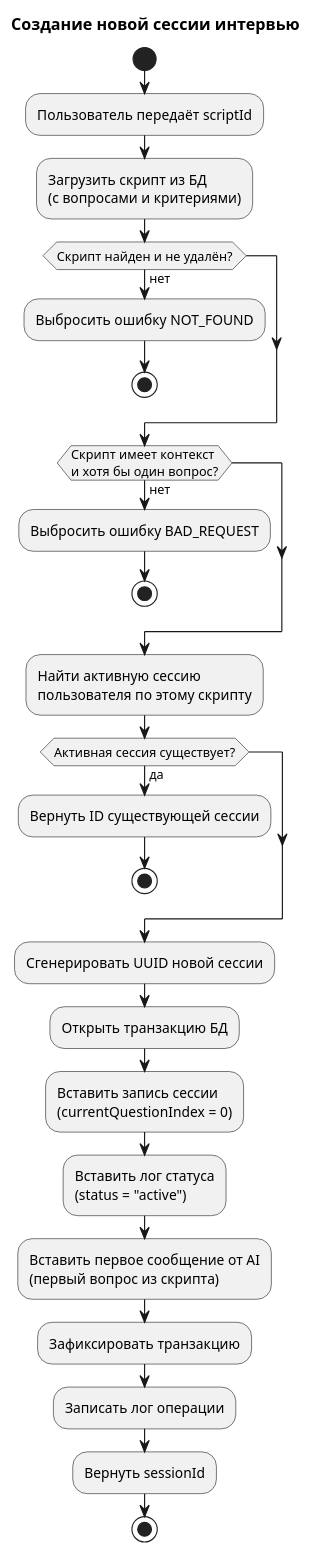
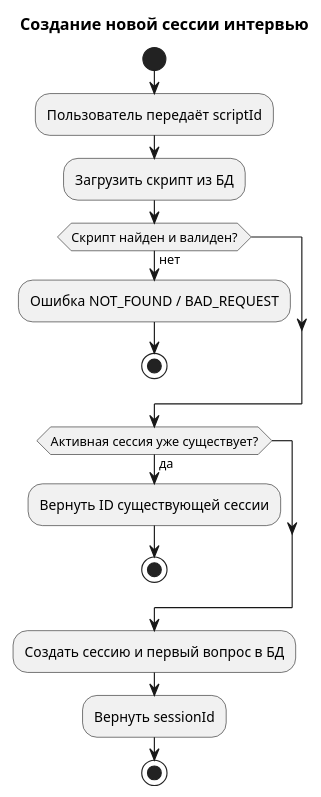
The diagram in docs/activity/01_create_session.puml (nifle3/diplom_work), drawn with PlantUML before and after one commit. The commit also changed 10 other files, not shown here.

Commit message:
update activity diagram

```diff
--- a/docs/activity/01_create_session.puml
+++ b/docs/activity/01_create_session.puml
@@ -1,44 +1,25 @@
 @startuml 01_create_session
 title Создание новой сессии интервью
 
 start
 
 :Пользователь передаёт scriptId;
 
-:Загрузить скрипт из БД\n(с вопросами и критериями);
+:Загрузить скрипт из БД;
 
-if (Скрипт найден и не удалён?) then (нет)
-  :Выбросить ошибку NOT_FOUND;
+if (Скрипт найден и валиден?) then (нет)
+  :Ошибка NOT_FOUND / BAD_REQUEST;
   stop
 endif
 
-if (Скрипт имеет контекст\nи хотя бы один вопрос?) then (нет)
-  :Выбросить ошибку BAD_REQUEST;
-  stop
-endif
-
-:Найти активную сессию\nпользователя по этому скрипту;
-
-if (Активная сессия существует?) then (да)
+if (Активная сессия уже существует?) then (да)
   :Вернуть ID существующей сессии;
   stop
 endif
 
-:Сгенерировать UUID новой сессии;
-
-:Открыть транзакцию БД;
-
-:Вставить запись сессии\n(currentQuestionIndex = 0);
-
-:Вставить лог статуса\n(status = "active");
-
-:Вставить первое сообщение от AI\n(первый вопрос из скрипта);
-
-:Зафиксировать транзакцию;
-
-:Записать лог операции;
+:Создать сессию и первый вопрос в БД;
 
 :Вернуть sessionId;
 
 stop
 @enduml
```
